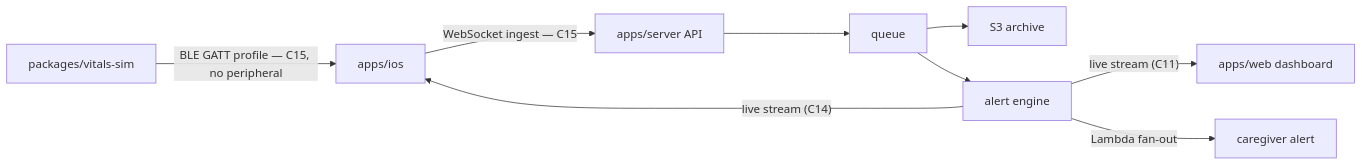
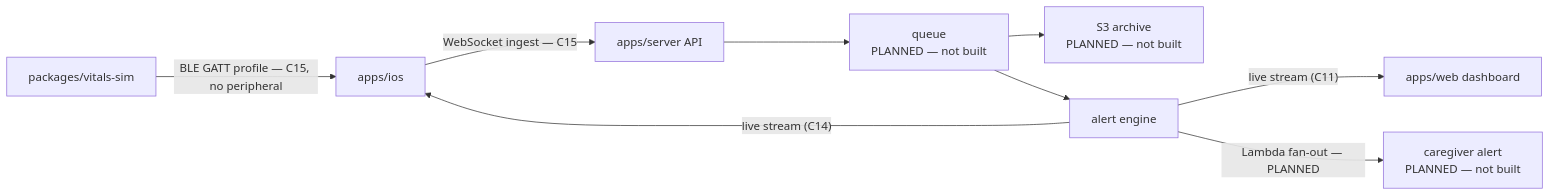
Before and after one commit to sebkoo/maekbeat: the diagram in README.md, drawn with Mermaid. The commit also changed other lines of this file and 1 other file, not shown here.

````diff
--- a/README.md
+++ b/README.md
@@ -21,11 +69,11 @@
 ```mermaid
 flowchart LR
   SIM["packages/vitals-sim"] -->|"BLE GATT profile — C15, no peripheral"| IOS["apps/ios"]
   IOS -->|"WebSocket ingest — C15"| API["apps/server API"]
-  API --> Q["queue"]
-  Q --> S3["S3 archive"]
+  API --> Q["queue<br/>PLANNED — not built"]
+  Q --> S3["S3 archive<br/>PLANNED — not built"]
   Q --> AL["alert engine"]
   AL -->|"live stream (C11)"| WEB["apps/web dashboard"]
   AL -->|"live stream (C14)"| IOS
-  AL -->|"Lambda fan-out"| ALERT["caregiver alert"]
+  AL -->|"Lambda fan-out — PLANNED"| ALERT["caregiver alert<br/>PLANNED — not built"]
 ```
````
